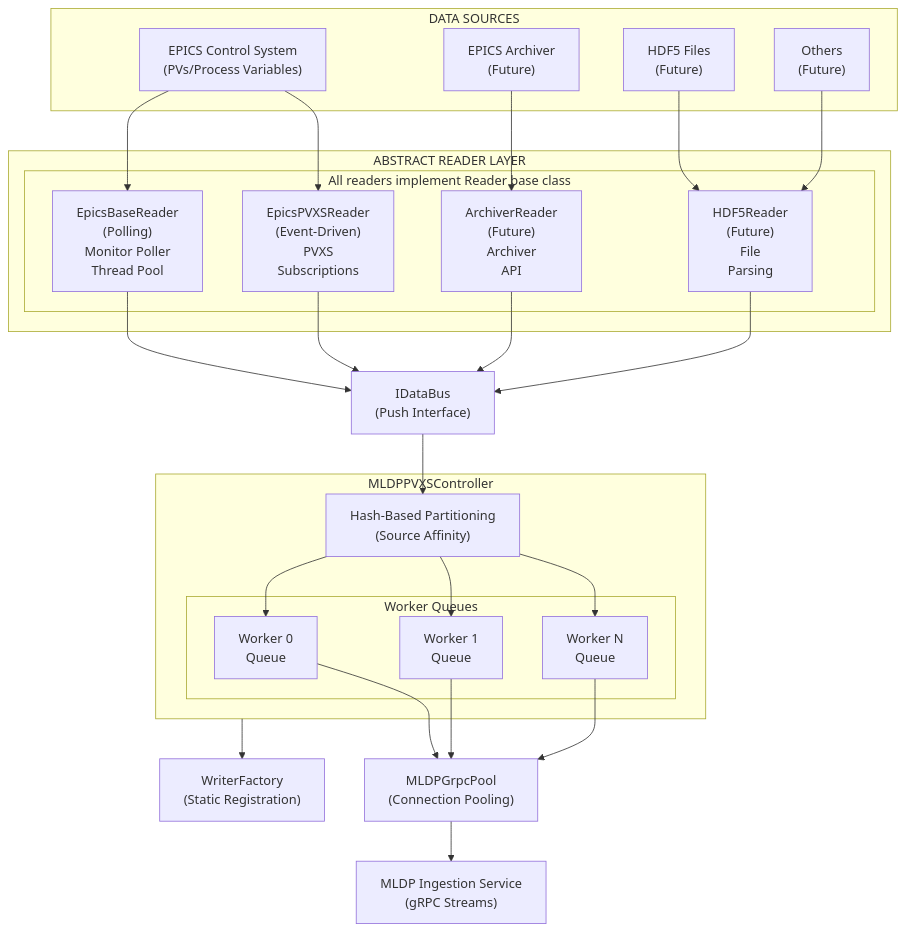
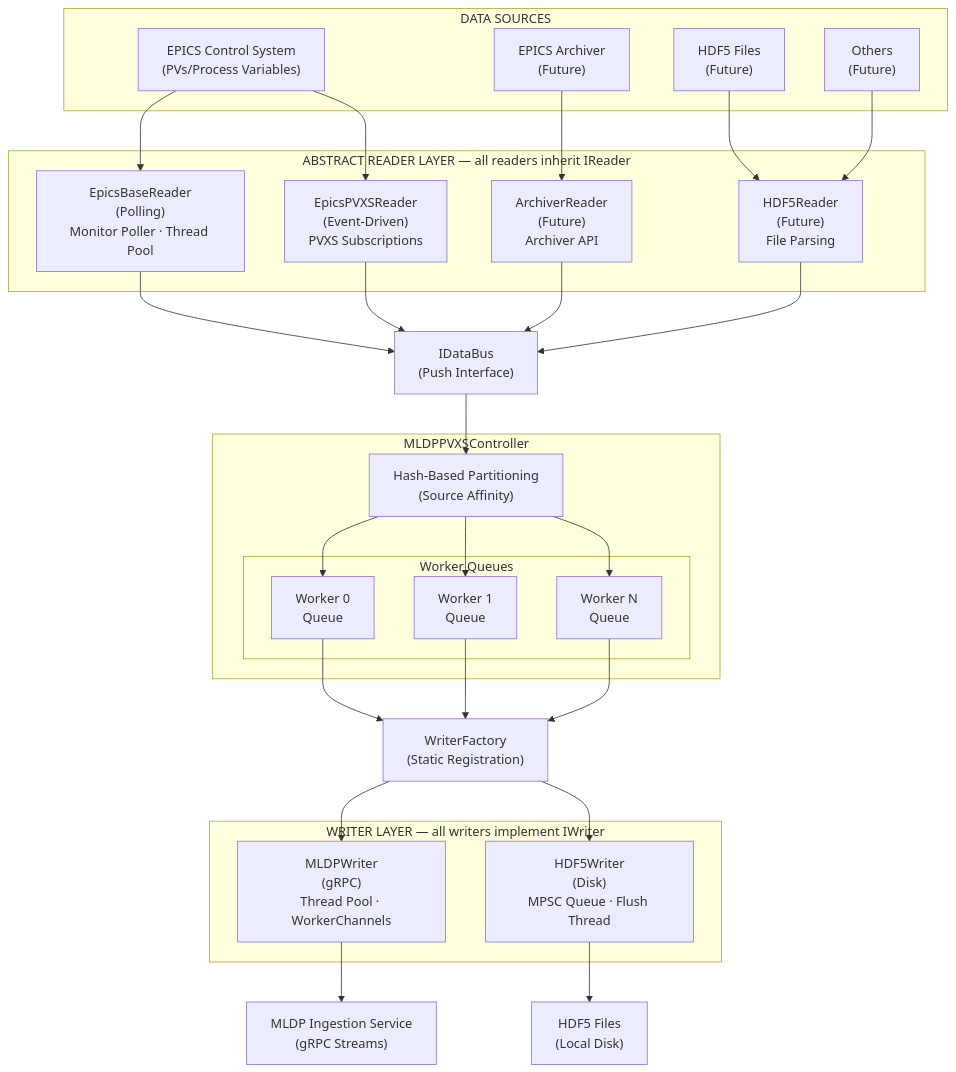
The first of 3 diagrams in docs/architecture.md (slaclab/mldp-pvxs-driver), drawn with Mermaid before and after one commit. The commit also changed other lines of this file and 19 other files, not shown here.

````diff
--- a/docs/architecture.md
+++ b/docs/architecture.md
@@ -11,56 +11,63 @@
 ```mermaid
 flowchart TB
     subgraph DataSources["DATA SOURCES"]
         DS1["EPICS Control System<br/>(PVs/Process Variables)"]
         DS2["EPICS Archiver<br/>(Future)"]
         DS3["HDF5 Files<br/>(Future)"]
         DS4["Others<br/>(Future)"]
     end
 
-    subgraph ReaderLayer["ABSTRACT READER LAYER"]
-        subgraph Readers["All readers implement Reader base class"]
-            R1["EpicsBaseReader<br/>(Polling)<br/>Monitor Poller<br/>Thread Pool"]
-            R2["EpicsPVXSReader<br/>(Event-Driven)<br/>PVXS<br/>Subscriptions"]
-            R3["ArchiverReader<br/>(Future)<br/>Archiver<br/>API"]
-            R4["HDF5Reader<br/>(Future)<br/>File<br/>Parsing"]
-        end
+    subgraph ReaderLayer["ABSTRACT READER LAYER — all readers inherit IReader"]
+        R1["EpicsBaseReader<br/>(Polling)<br/>Monitor Poller · Thread Pool"]
+        R2["EpicsPVXSReader<br/>(Event-Driven)<br/>PVXS Subscriptions"]
+        R3["ArchiverReader<br/>(Future)<br/>Archiver API"]
+        R4["HDF5Reader<br/>(Future)<br/>File Parsing"]
     end
 
     IDataBus["IDataBus<br/>(Push Interface)"]
-    WriterFactory["WriterFactory<br/>(Static Registration)"]
 
     subgraph Controller["MLDPPVXSController"]
         HashPart["Hash-Based Partitioning<br/>(Source Affinity)"]
         subgraph Workers["Worker Queues"]
             W0["Worker 0<br/>Queue"]
             W1["Worker 1<br/>Queue"]
             WN["Worker N<br/>Queue"]
         end
     end
 
-    GrpcPool["MLDPGrpcPool<br/>(Connection Pooling)"]
+    WriterFactory["WriterFactory<br/>(Static Registration)"]
+
+    subgraph WriterLayer["WRITER LAYER — all writers implement IWriter"]
+        WR1["MLDPWriter<br/>(gRPC)<br/>Thread Pool · WorkerChannels"]
+        WR2["HDF5Writer<br/>(Disk)<br/>MPSC Queue · Flush Thread"]
+    end
+
     MLDPService["MLDP Ingestion Service<br/>(gRPC Streams)"]
+    HDF5Files["HDF5 Files<br/>(Local Disk)"]
 
     DS1 --> R1
+    DS1 --> R2
     DS2 --> R3
     DS3 --> R4
     DS4 --> R4
-    DS1 --> R2
 
     R1 --> IDataBus
     R2 --> IDataBus
     R3 --> IDataBus
     R4 --> IDataBus
 
     IDataBus --> HashPart
     HashPart --> W0
     HashPart --> W1
     HashPart --> WN
 
-    W0 --> GrpcPool
-    W1 --> GrpcPool
-    WN --> GrpcPool
+    W0 --> WriterFactory
+    W1 --> WriterFactory
+    WN --> WriterFactory
 
-    GrpcPool --> MLDPService
-    Controller --> WriterFactory
+    WriterFactory --> WR1
+    WriterFactory --> WR2
+
+    WR1 --> MLDPService
+    WR2 --> HDF5Files
 ```
````
